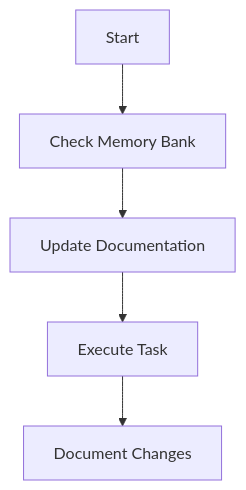
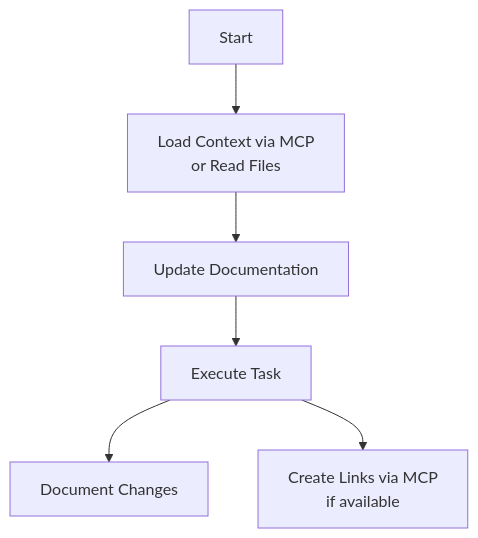
The third of 6 diagrams in instructions/memory-bank.instructions.md (user216/vscode-memory-bank), drawn with Mermaid before and after one commit. The commit also changed other lines of this file and 29 other files, not shown here.

````diff
--- a/instructions/memory-bank.instructions.md
+++ b/instructions/memory-bank.instructions.md
@@ -54,7 +71,8 @@
 ```mermaid
 flowchart TD
-    Start[Start] --> Context[Check Memory Bank]
+    Start[Start] --> Context[Load Context via MCP\nor Read Files]
     Context --> Update[Update Documentation]
     Update --> Execute[Execute Task]
     Execute --> Document[Document Changes]
+    Execute --> Link[Create Links via MCP\nif available]
 ```
````
